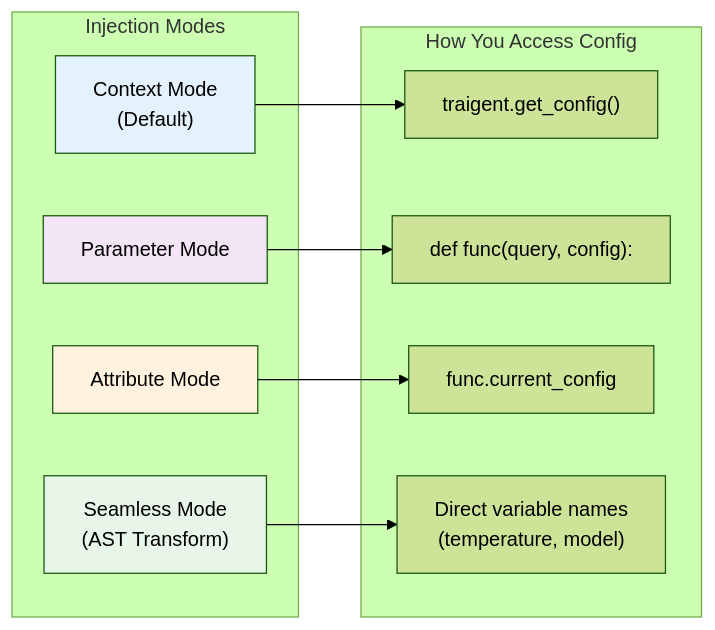
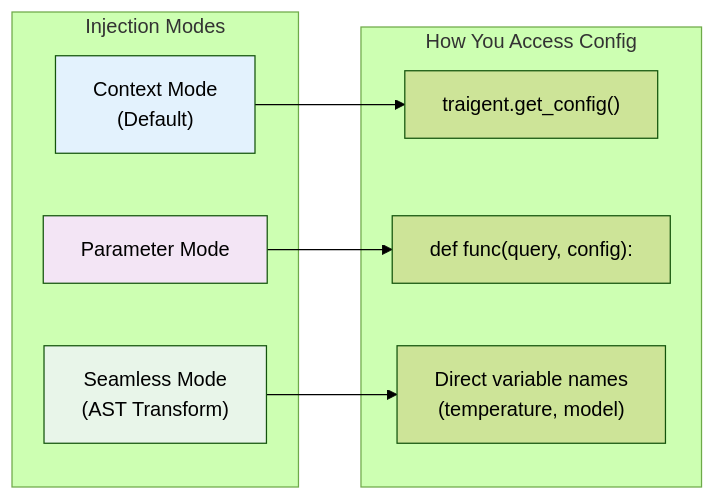
Before and after one commit to Traigent/Traigent: the third of 7 diagrams in docs/architecture/ARCHITECTURE.md, drawn with Mermaid (forest theme). The commit also changed other lines of this file and 1 other file, not shown here.

First paragraph of the commit message:
docs: address Codex review on PR #959 — ARCHITECTURE diagram + stateful-buffer migration
Codex review of #959 (ops/_validation/runs/codex-review-2026-05-14/
traigent-pr-959.output.md) raised two blocking concerns. Both
addressed in this commit.

````diff
--- a/docs/architecture/ARCHITECTURE.md
+++ b/docs/architecture/ARCHITECTURE.md
@@ -170,21 +170,18 @@
 ```mermaid
 flowchart LR
     subgraph Modes["Injection Modes"]
         context["Context Mode<br/>(Default)"]
         param["Parameter Mode"]
-        attr["Attribute Mode"]
         seamless["Seamless Mode<br/>(AST Transform)"]
     end
 
     subgraph Usage["How You Access Config"]
         context --> ctx_code["traigent.get_config()"]
         param --> param_code["def func(query, config):"]
-        attr --> attr_code["func.current_config"]
         seamless --> seamless_code["Direct variable names<br/>(temperature, model)"]
     end
 
     style context fill:#e3f2fd
     style param fill:#f3e5f5
-    style attr fill:#fff3e0
     style seamless fill:#e8f5e9
 ```
````
